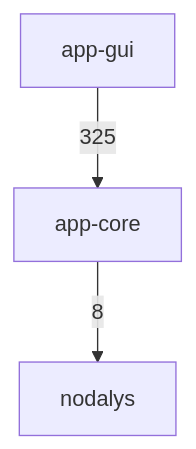
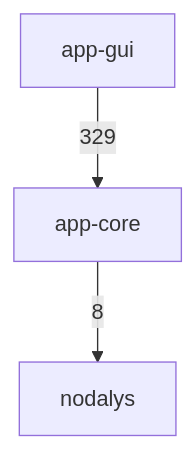
Before and after one commit to ronnymilleo/imcsim: the first of 3 diagrams in docs/architecture.md, drawn with Mermaid. The commit also changed other lines of this file and 4 other files, not shown here.

````diff
--- a/docs/architecture.md
+++ b/docs/architecture.md
@@ -22,8 +22,8 @@
 ```mermaid
 flowchart TD
     app_gui[app-gui]
     app_core[app-core]
     nodalys[nodalys]
     app_core -->|8| nodalys
-    app_gui -->|325| app_core
+    app_gui -->|329| app_core
 ```
````
